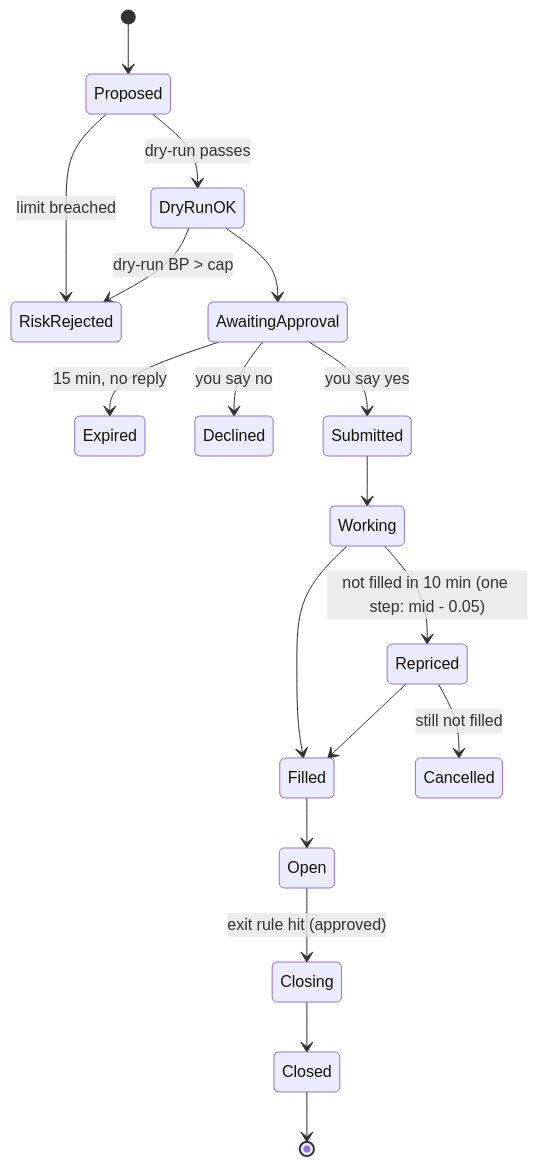
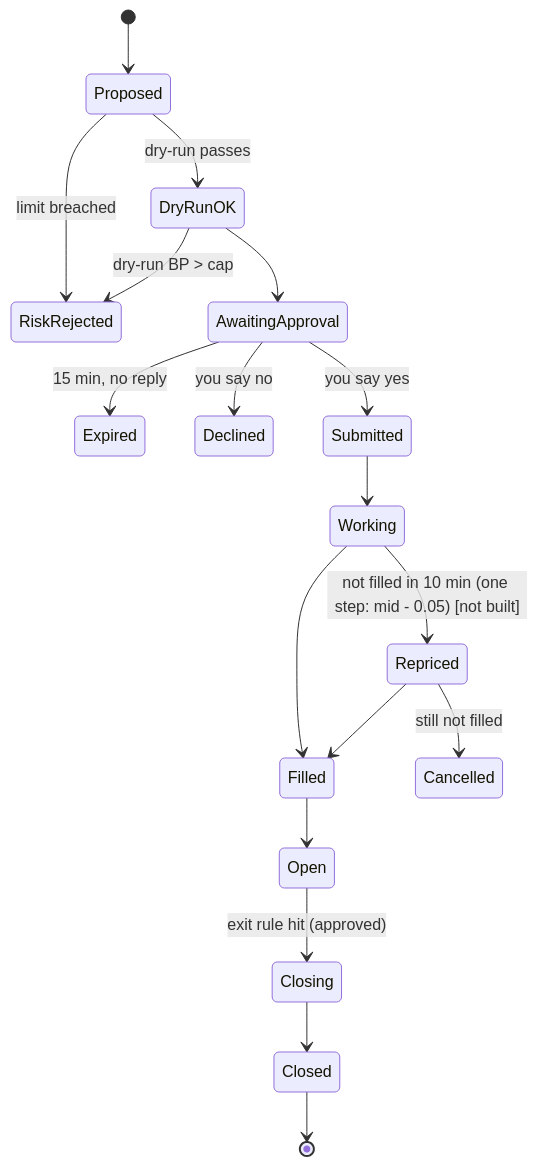
Before and after one commit to viplovegujrathi/trading-agent: the second of 2 diagrams in architecture.md, drawn with Mermaid. The commit also changed other lines of this file and 4 other files, not shown here.

First line of the commit message:
Handle ex-dividend exit signal (close whole condor); review plan and architecture against the build

````diff
--- a/architecture.md
+++ b/architecture.md
@@ -58,20 +65,20 @@
 ```mermaid
 stateDiagram-v2
     [*] --> Proposed
     Proposed --> RiskRejected: limit breached
     Proposed --> DryRunOK: dry-run passes
     DryRunOK --> RiskRejected: dry-run BP > cap
     DryRunOK --> AwaitingApproval
     AwaitingApproval --> Expired: 15 min, no reply
     AwaitingApproval --> Declined: you say no
     AwaitingApproval --> Submitted: you say yes
     Submitted --> Working
     Working --> Filled
-    Working --> Repriced: not filled in 10 min (one step: mid - 0.05)
+    Working --> Repriced: not filled in 10 min (one step: mid - 0.05) [not built]
     Repriced --> Filled
     Repriced --> Cancelled: still not filled
     Filled --> Open
     Open --> Closing: exit rule hit (approved)
     Closing --> Closed
     Closed --> [*]
 ```
````
